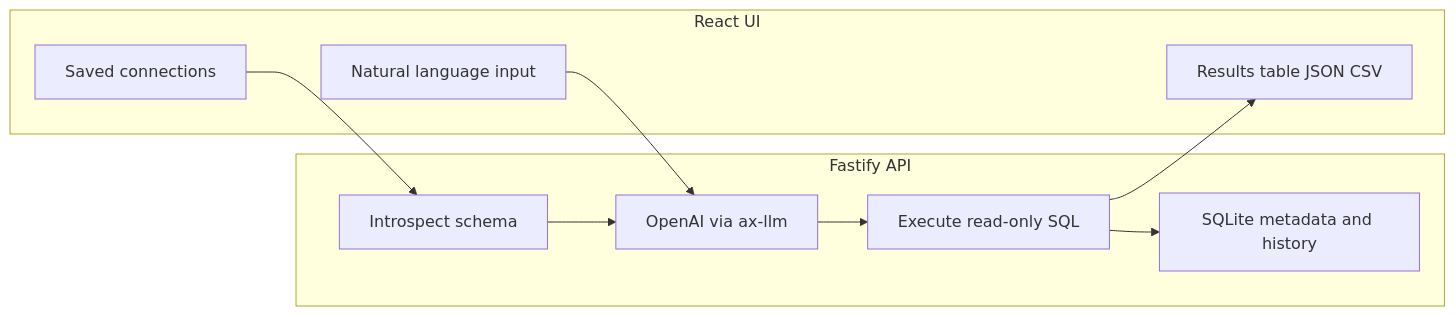
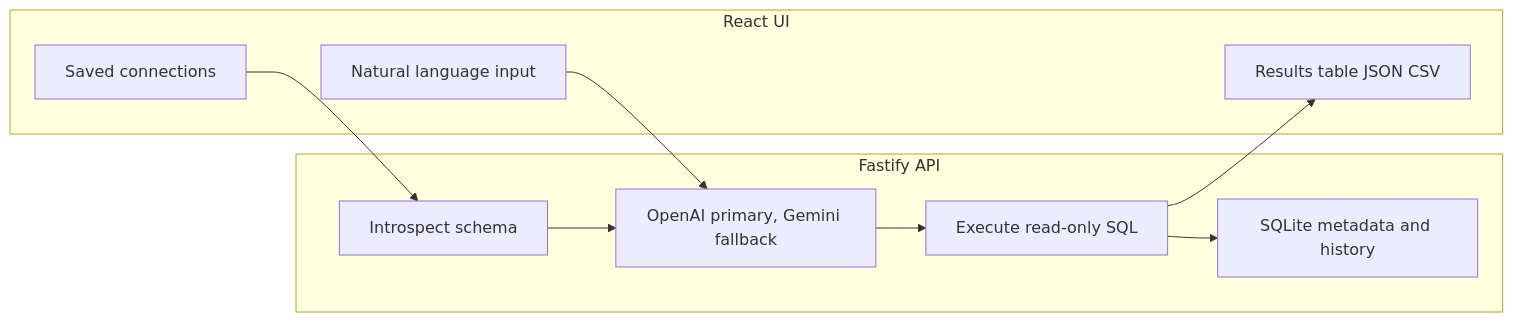
The diagram in README.md (neuralolympus/humanquery), drawn with Mermaid before and after one commit. The commit also changed other lines of this file and 10 other files, not shown here.

````diff
--- a/README.md
+++ b/README.md
@@ -16,20 +16,20 @@
 ```mermaid
 flowchart LR
   subgraph ui [React UI]
     Conn[Saved connections]
     NL[Natural language input]
     Out[Results table JSON CSV]
   end
   subgraph api [Fastify API]
     Introspect[Introspect schema]
-    LLM[OpenAI via ax-llm]
+    LLM[OpenAI primary, Gemini fallback]
     Exec[Execute read-only SQL]
     Hist[SQLite metadata and history]
   end
   Conn --> Introspect
   NL --> LLM
   Introspect --> LLM
   LLM --> Exec
   Exec --> Out
   Exec --> Hist
 ```
````
